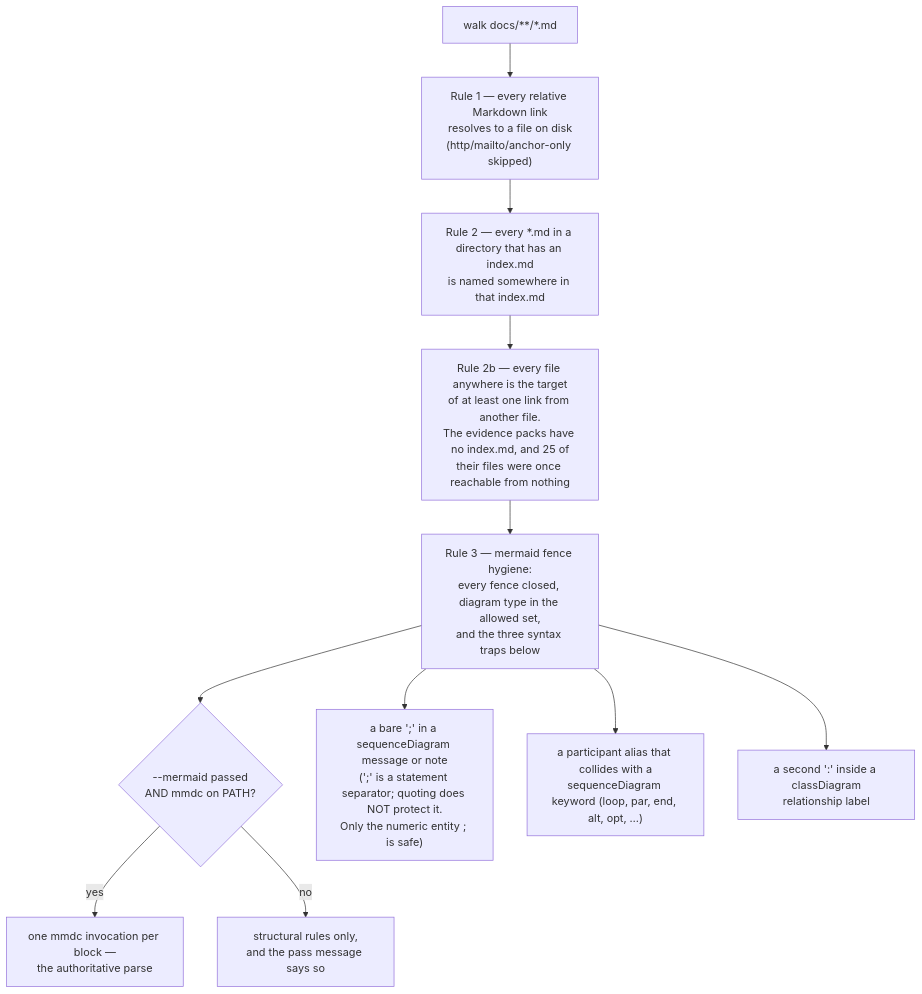
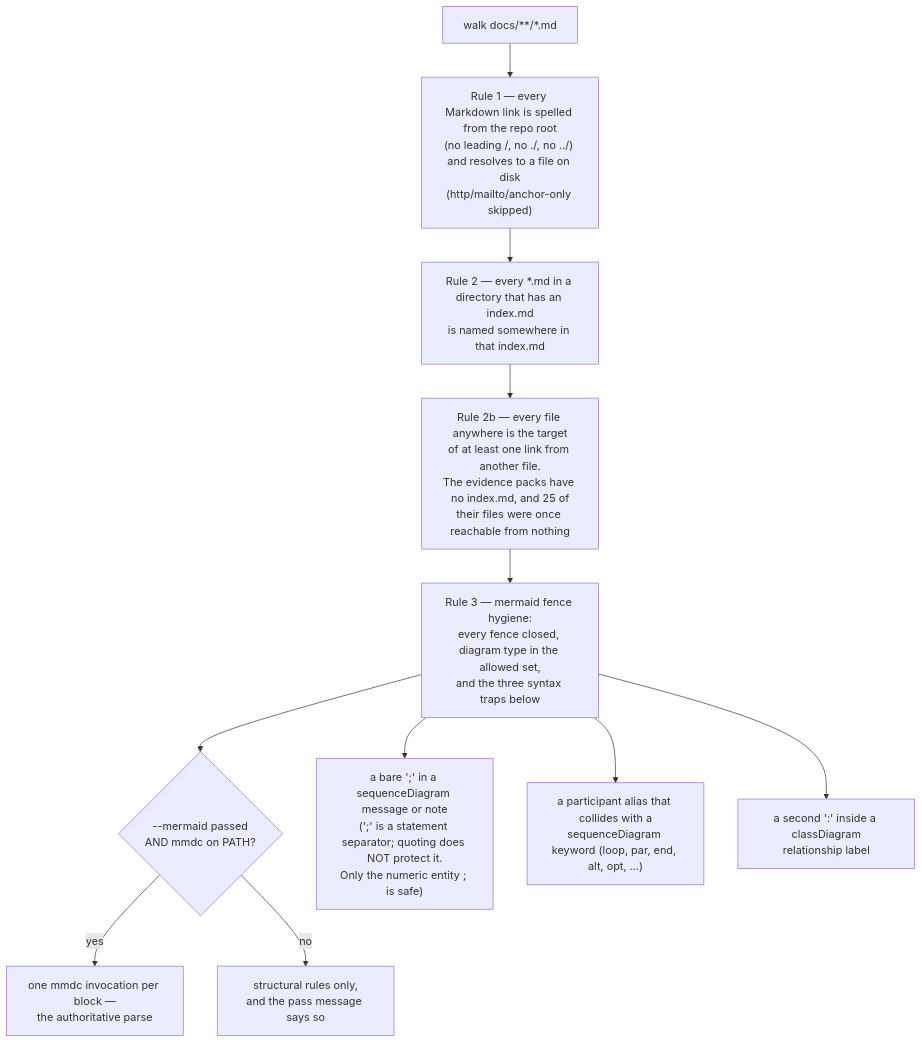
One commit to cajias/OpenMAIC changed the fourth of 4 diagrams in docs/16-development-view/07-quality-gates.md. Above: the diagram before and after it, drawn with Mermaid. The commit also changed other lines of this file and 315 other files, not shown here.

````diff
--- a/docs/16-development-view/07-quality-gates.md
+++ b/docs/16-development-view/07-quality-gates.md
@@ -236,14 +236,14 @@
 ```mermaid
 flowchart TD
   W["walk docs/**/*.md"] --> R1
-  R1["Rule 1 — every relative Markdown link<br/>resolves to a file on disk<br/>(http/mailto/anchor-only skipped)"] --> R2
+  R1["Rule 1 — every Markdown link is spelled from the repo root<br/>(no leading /, no ./, no ../) and resolves to a file on disk<br/>(http/mailto/anchor-only skipped)"] --> R2
   R2["Rule 2 — every *.md in a directory that has an index.md<br/>is named somewhere in that index.md"] --> R2B
   R2B["Rule 2b — every file anywhere is the target<br/>of at least one link from another file.<br/>The evidence packs have no index.md, and 25 of<br/>their files were once reachable from nothing"] --> R3
   R3["Rule 3 — mermaid fence hygiene:<br/>every fence closed, diagram type in the allowed set,<br/>and the three syntax traps below"] --> OUT
   R3 --> T1["a bare ';' in a sequenceDiagram message or note<br/>(';' is a statement separator; quoting does NOT protect it.<br/>Only the numeric entity #59; is safe)"]
   R3 --> T2["a participant alias that collides with a<br/>sequenceDiagram keyword (loop, par, end, alt, opt, …)"]
   R3 --> T3["a second ':' inside a classDiagram<br/>relationship label"]
   OUT{"--mermaid passed<br/>AND mmdc on PATH?"}
   OUT -->|yes| FULL["one mmdc invocation per block —<br/>the authoritative parse"]
   OUT -->|no| STRUCT["structural rules only,<br/>and the pass message says so"]
 ```
````
